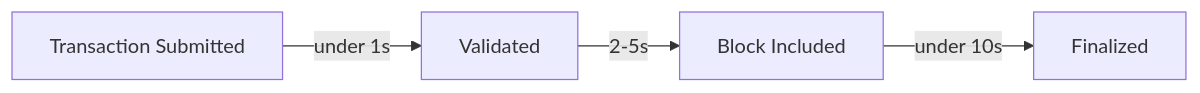
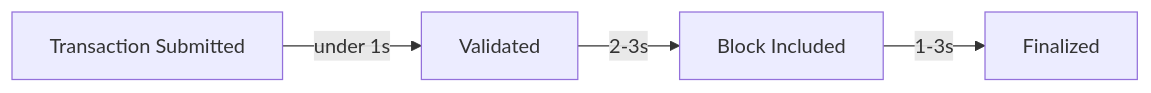
The first of 3 diagrams in docs/intro.mdx (CLayer-dev/docs), drawn with Mermaid before and after one commit. The commit also changed other lines of this file and 41 other files, not shown here.

Commit message:
Update GraphQL status, add video tutorial, fix contract links

````diff
--- a/docs/intro.mdx
+++ b/docs/intro.mdx
@@ -129,6 +198,6 @@
 ```mermaid
 graph LR
     A[Transaction Submitted] -->|under 1s| B[Validated]
-    B -->|2-5s| C[Block Included]  
-    C -->|under 10s| D[Finalized]
+    B -->|2-3s| C[Block Included]  
+    C -->|1-3s| D[Finalized]
 ```
````
